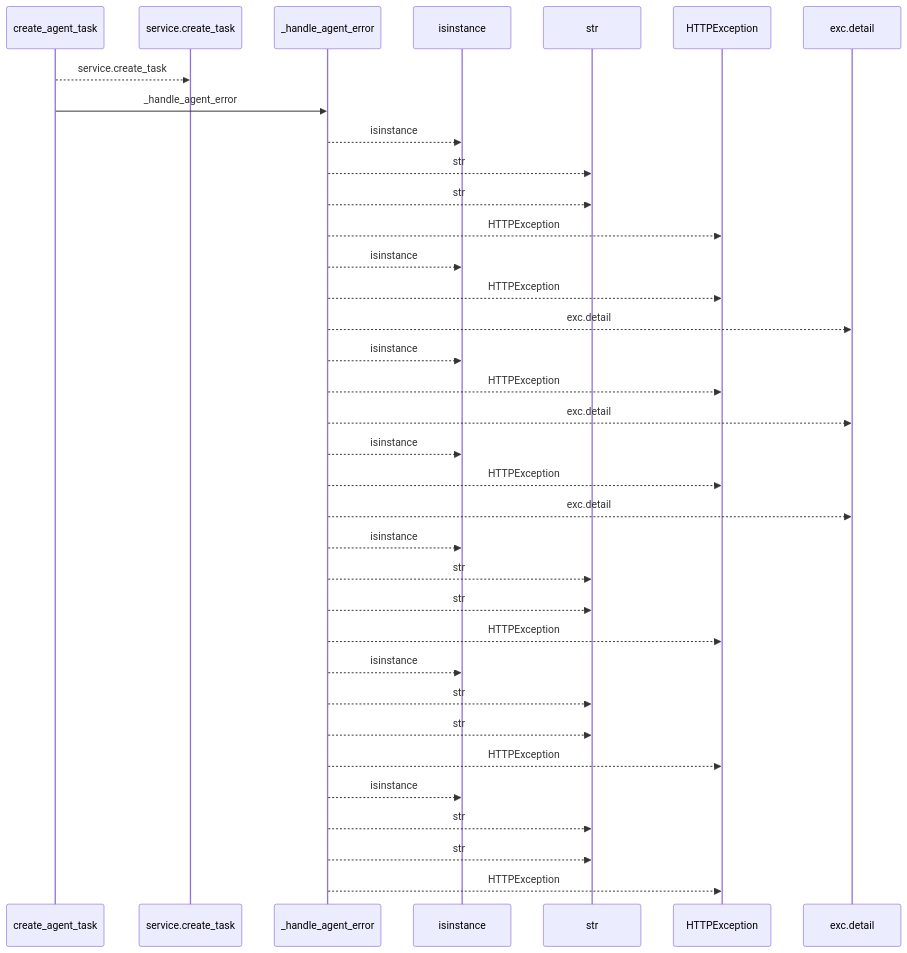
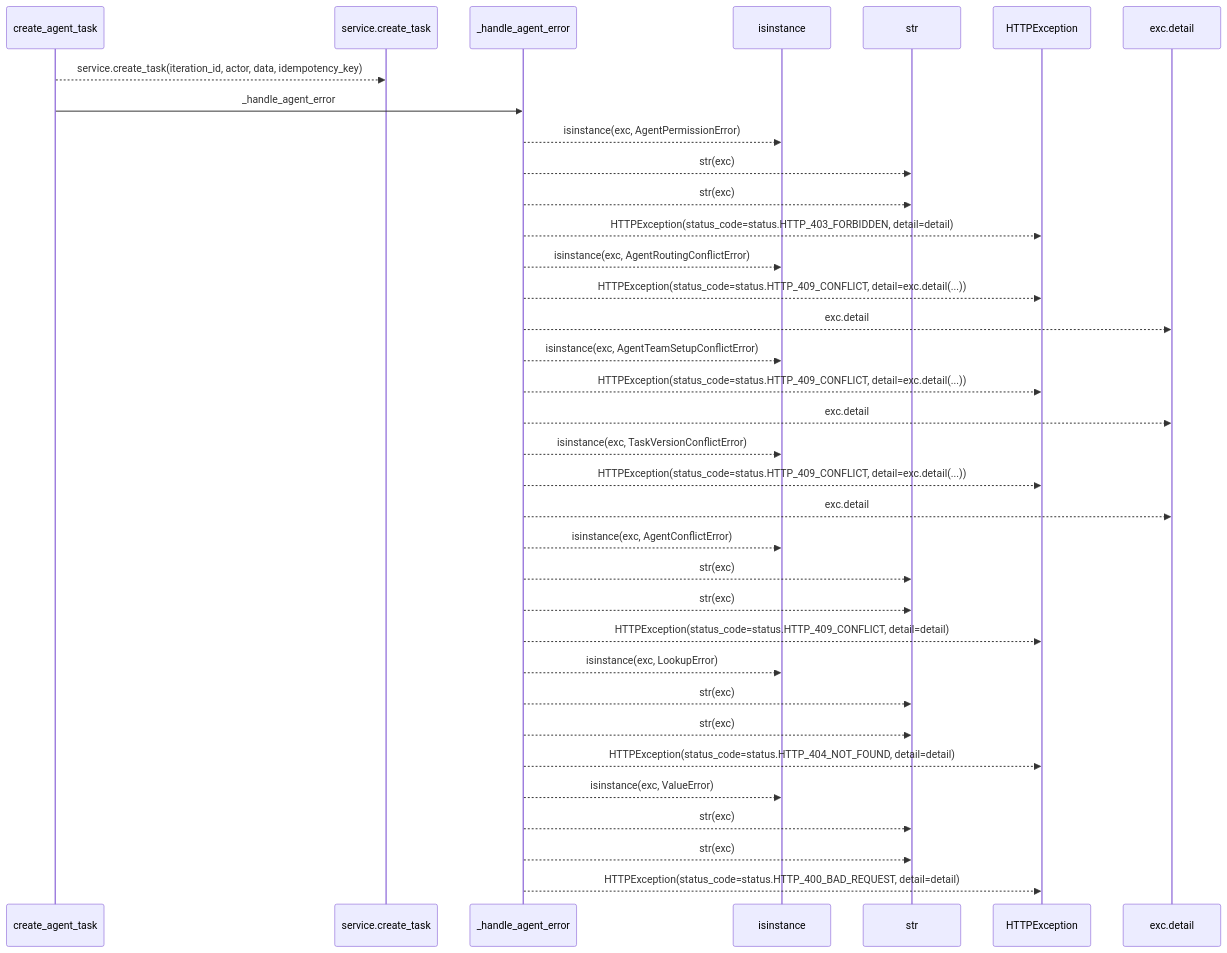
The first of 2 diagrams in docs/llm_wiki/flows/http-create_agent_task.md (Denissvgn/WorkChord), drawn with Mermaid before and after one commit. The commit also changed other lines of this file and 25171 other files, not shown here.

````diff
--- a/docs/llm_wiki/flows/http-create_agent_task.md
+++ b/docs/llm_wiki/flows/http-create_agent_task.md
@@ -10,37 +12,37 @@
 ```mermaid
 sequenceDiagram
     participant p0 as create_agent_task
     participant p1 as service.create_task
     participant p2 as _handle_agent_error
     participant p3 as isinstance
     participant p4 as str
     participant p5 as HTTPException
     participant p6 as exc.detail
-    p0-->>p1: service.create_task
+    p0-->>p1: service.create_task(iteration_id, actor, data, idempotency_key)
     p0->>p2: _handle_agent_error
-    p2-->>p3: isinstance
-    p2-->>p4: str
-    p2-->>p4: str
-    p2-->>p5: HTTPException
-    p2-->>p3: isinstance
-    p2-->>p5: HTTPException
+    p2-->>p3: isinstance(exc, AgentPermissionError)
+    p2-->>p4: str(exc)
+    p2-->>p4: str(exc)
+    p2-->>p5: HTTPException(status_code=status.HTTP_403_FORBIDDEN, detail=detail)
+    p2-->>p3: isinstance(exc, AgentRoutingConflictError)
+    p2-->>p5: HTTPException(status_code=status.HTTP_409_CONFLICT, detail=exc.detail(...))
     p2-->>p6: exc.detail
-    p2-->>p3: isinstance
-    p2-->>p5: HTTPException
+    p2-->>p3: isinstance(exc, AgentTeamSetupConflictError)
+    p2-->>p5: HTTPException(status_code=status.HTTP_409_CONFLICT, detail=exc.detail(...))
     p2-->>p6: exc.detail
-    p2-->>p3: isinstance
-    p2-->>p5: HTTPException
+    p2-->>p3: isinstance(exc, TaskVersionConflictError)
+    p2-->>p5: HTTPException(status_code=status.HTTP_409_CONFLICT, detail=exc.detail(...))
     p2-->>p6: exc.detail
-    p2-->>p3: isinstance
-    p2-->>p4: str
-    p2-->>p4: str
-    p2-->>p5: HTTPException
-    p2-->>p3: isinstance
-    p2-->>p4: str
-    p2-->>p4: str
-    p2-->>p5: HTTPException
-    p2-->>p3: isinstance
-    p2-->>p4: str
-    p2-->>p4: str
-    p2-->>p5: HTTPException
+    p2-->>p3: isinstance(exc, AgentConflictError)
+    p2-->>p4: str(exc)
+    p2-->>p4: str(exc)
+    p2-->>p5: HTTPException(status_code=status.HTTP_409_CONFLICT, detail=detail)
+    p2-->>p3: isinstance(exc, LookupError)
+    p2-->>p4: str(exc)
+    p2-->>p4: str(exc)
+    p2-->>p5: HTTPException(status_code=status.HTTP_404_NOT_FOUND, detail=detail)
+    p2-->>p3: isinstance(exc, ValueError)
+    p2-->>p4: str(exc)
+    p2-->>p4: str(exc)
+    p2-->>p5: HTTPException(status_code=status.HTTP_400_BAD_REQUEST, detail=detail)
 ```
````
